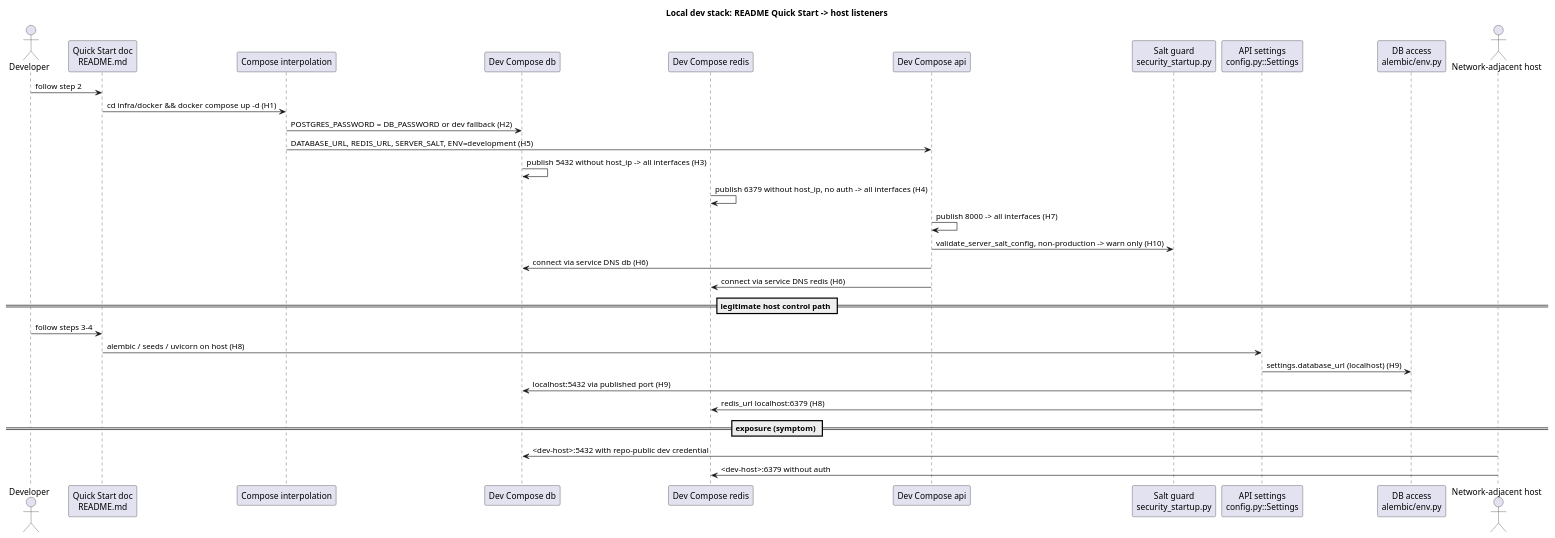
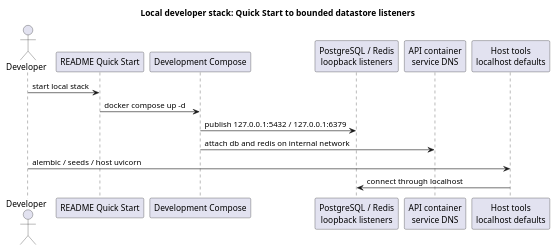
One commit to NeaBouli/pnyx changed the second of 2 diagrams in docs/architecture/main-path.puml. Above: the diagram before and after it, drawn with PlantUML. The commit also changed other lines of this file and 16 other files, not shown here.

```diff
--- a/docs/architecture/main-path.puml
+++ b/docs/architecture/main-path.puml
@@ -1,37 +24,18 @@
 @startuml
-' EKA-18 main path — built behaviour at base 2bfda8e (no fix simulated)
-title Local dev stack: README Quick Start -> host listeners
+' Preserved EKA-18 path integrated from origin/main during T-486 refresh
+title Local developer stack: Quick Start to bounded datastore listeners
 
 actor Developer
-participant "Quick Start doc\nREADME.md" as README
-participant "Compose interpolation" as INTERP
-participant "Dev Compose db" as DB
-participant "Dev Compose redis" as REDIS
-participant "Dev Compose api" as API
-participant "Salt guard\nsecurity_startup.py" as GUARD
-participant "API settings\nconfig.py::Settings" as SETTINGS
-participant "DB access\nalembic/env.py" as DBACCESS
-actor "Network-adjacent host" as ADJ
+participant "README Quick Start" as ER
+participant "Development Compose" as EC
+participant "PostgreSQL / Redis\nloopback listeners" as ED
+participant "API container\nservice DNS" as EA
+participant "Host tools\nlocalhost defaults" as EH
 
-Developer -> README : follow step 2
-README -> INTERP : cd infra/docker && docker compose up -d (H1)
-INTERP -> DB : POSTGRES_PASSWORD = DB_PASSWORD or dev fallback (H2)
-INTERP -> API : DATABASE_URL, REDIS_URL, SERVER_SALT, ENV=development (H5)
-DB -> DB : publish 5432 without host_ip -> all interfaces (H3)
-REDIS -> REDIS : publish 6379 without host_ip, no auth -> all interfaces (H4)
-API -> API : publish 8000 -> all interfaces (H7)
-API -> GUARD : validate_server_salt_config, non-production -> warn only (H10)
-API -> DB : connect via service DNS db (H6)
-API -> REDIS : connect via service DNS redis (H6)
-
-== legitimate host control path ==
-Developer -> README : follow steps 3-4
-README -> SETTINGS : alembic / seeds / uvicorn on host (H8)
-SETTINGS -> DBACCESS : settings.database_url (localhost) (H9)
-DBACCESS -> DB : localhost:5432 via published port (H9)
-SETTINGS -> REDIS : redis_url localhost:6379 (H8)
-
-== exposure (symptom) ==
-ADJ -> DB : <dev-host>:5432 with repo-public dev credential
-ADJ -> REDIS : <dev-host>:6379 without auth
+Developer -> ER : start local stack
+ER -> EC : docker compose up -d
+EC -> ED : publish 127.0.0.1:5432 / 127.0.0.1:6379
+EC -> EA : attach db and redis on internal network
+Developer -> EH : alembic / seeds / host uvicorn
+EH -> ED : connect through localhost
 @enduml
```
